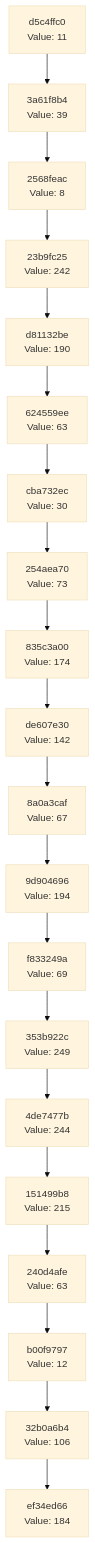
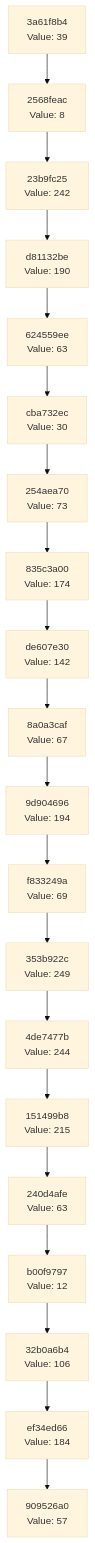
The diagram in docs/CHAIN_VISUALIZATION.md (Abhisheksinha1506/hash-chain-evolver), drawn with Mermaid (base theme) before and after one commit. The commit also changed 2 other files, not shown here.

Commit message:
Evolution step: hash 0x39 → action executed

````diff
--- a/docs/CHAIN_VISUALIZATION.md
+++ b/docs/CHAIN_VISUALIZATION.md
@@ -3,42 +3,42 @@
 ```mermaid
 graph TD
-    C0["ef34ed66<br/>Value: 184"]
-    C1["32b0a6b4<br/>Value: 106"]
+    C0["909526a0<br/>Value: 57"]
+    C1["ef34ed66<br/>Value: 184"]
     C1 --> C0
-    C2["b00f9797<br/>Value: 12"]
+    C2["32b0a6b4<br/>Value: 106"]
     C2 --> C1
-    C3["240d4afe<br/>Value: 63"]
+    C3["b00f9797<br/>Value: 12"]
     C3 --> C2
-    C4["151499b8<br/>Value: 215"]
+    C4["240d4afe<br/>Value: 63"]
     C4 --> C3
-    C5["4de7477b<br/>Value: 244"]
+    C5["151499b8<br/>Value: 215"]
     C5 --> C4
-    C6["353b922c<br/>Value: 249"]
+    C6["4de7477b<br/>Value: 244"]
     C6 --> C5
-    C7["f833249a<br/>Value: 69"]
+    C7["353b922c<br/>Value: 249"]
     C7 --> C6
-    C8["9d904696<br/>Value: 194"]
+    C8["f833249a<br/>Value: 69"]
     C8 --> C7
-    C9["8a0a3caf<br/>Value: 67"]
+    C9["9d904696<br/>Value: 194"]
     C9 --> C8
-    C10["de607e30<br/>Value: 142"]
+    C10["8a0a3caf<br/>Value: 67"]
     C10 --> C9
-    C11["835c3a00<br/>Value: 174"]
+    C11["de607e30<br/>Value: 142"]
     C11 --> C10
-    C12["254aea70<br/>Value: 73"]
+    C12["835c3a00<br/>Value: 174"]
     C12 --> C11
-    C13["cba732ec<br/>Value: 30"]
+    C13["254aea70<br/>Value: 73"]
     C13 --> C12
-    C14["624559ee<br/>Value: 63"]
+    C14["cba732ec<br/>Value: 30"]
     C14 --> C13
-    C15["d81132be<br/>Value: 190"]
+    C15["624559ee<br/>Value: 63"]
     C15 --> C14
-    C16["23b9fc25<br/>Value: 242"]
+    C16["d81132be<br/>Value: 190"]
     C16 --> C15
-    C17["2568feac<br/>Value: 8"]
+    C17["23b9fc25<br/>Value: 242"]
     C17 --> C16
-    C18["3a61f8b4<br/>Value: 39"]
+    C18["2568feac<br/>Value: 8"]
     C18 --> C17
-    C19["d5c4ffc0<br/>Value: 11"]
+    C19["3a61f8b4<br/>Value: 39"]
     C19 --> C18
 ```
````
